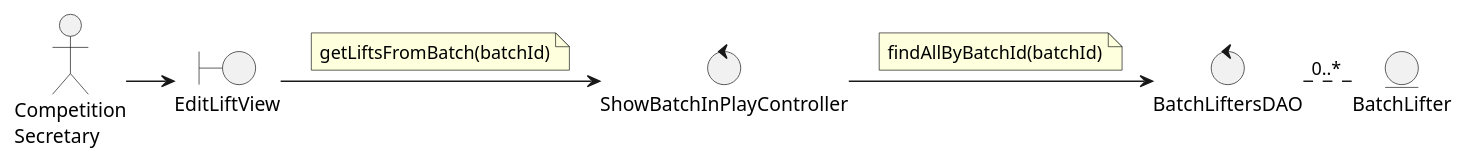
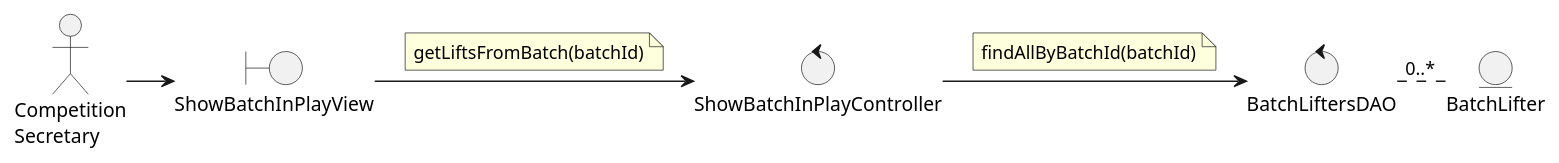
One commit to zuldare/mastercloud_pfm_halterocms changed the diagram in documentation/diagrams/2_analysis/useCasesAnalysis/showBatchInPlay.puml. Above: the diagram before and after it, drawn with PlantUML. The commit also changed 7 other files, not shown here.

Commit message:
feat: Refactor use case diagrams

```diff
--- a/documentation/diagrams/2_analysis/useCasesAnalysis/showBatchInPlay.puml
+++ b/documentation/diagrams/2_analysis/useCasesAnalysis/showBatchInPlay.puml
@@ -1,26 +1,26 @@
 @startuml
 actor "Competition\nSecretary" as cs
 
 control BatchLiftersDAO
 control ShowBatchInPlayController
 entity BatchLifter
-boundary EditLiftView
+boundary ShowBatchInPlayView
 
-cs -right-> EditLiftView
-EditLiftView -right-> ShowBatchInPlayController
+cs -right-> ShowBatchInPlayView
+ShowBatchInPlayView -right-> ShowBatchInPlayController
 note on link
   getLiftsFromBatch(batchId)
 end note
 
 ShowBatchInPlayController -right-> BatchLiftersDAO
 note on link
   findAllByBatchId(batchId)
 end note
 
 BatchLiftersDAO .right. "0..*" BatchLifter
 
 
 
 
 
 @enduml
```
